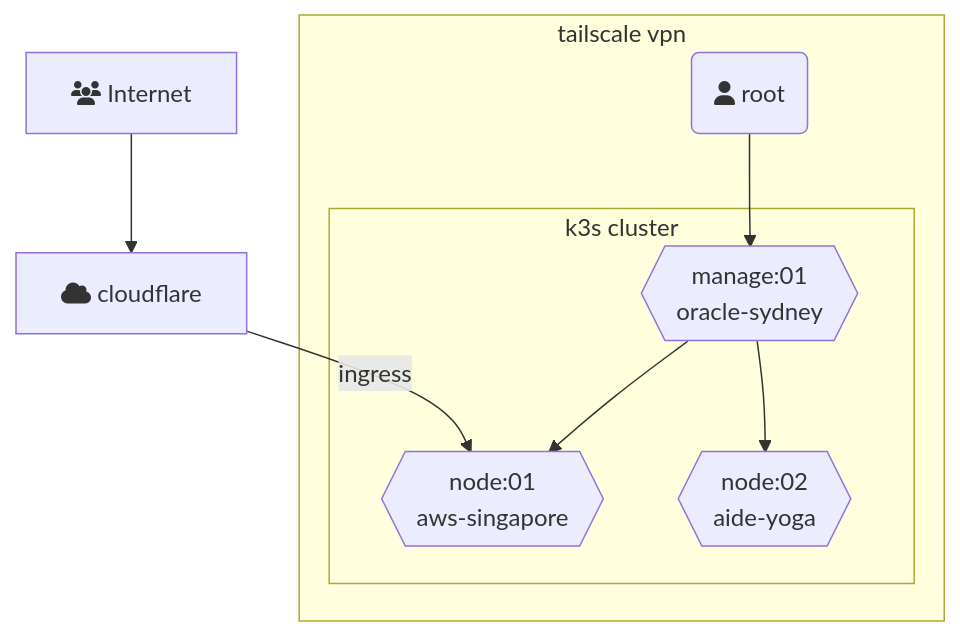
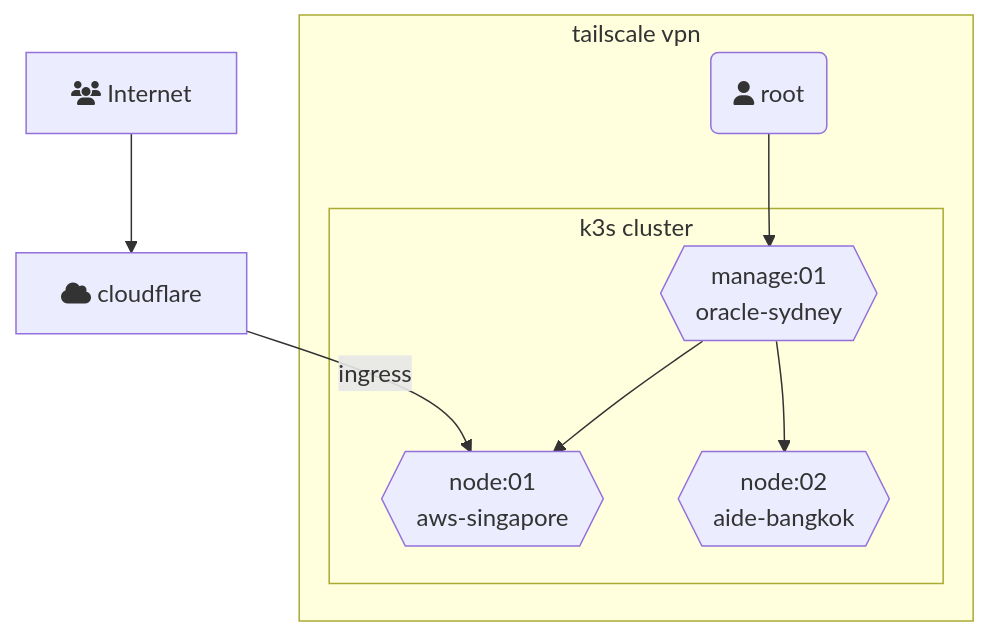
Before and after one commit to dvgamerr-app/dvgamerr-app.github.io: the first of 2 diagrams in README.md, drawn with Mermaid.

````diff
--- a/README.md
+++ b/README.md
@@ -28,20 +28,20 @@
 ```mermaid
 graph TB
 IN[fa:fa-users Internet]
 CF[fa:fa-cloud cloudflare]
 K3S_1{{manage:01\noracle-sydney}}
 K3S_2{{node:01\naws-singapore}}
-K3S_3{{node:02\naide-yoga}}
+K3S_3{{node:02\naide-bangkok}}
 RT(fa:fa-user root)
 
 IN --> CF
 CF --> |ingress| K3S_2
 
 subgraph ide2 [tailscale vpn]
 RT --> K3S_1
 subgraph ide1 [k3s cluster]
 K3S_1 --> K3S_2
 K3S_1 --> K3S_3
 end
 end
 ```
````
